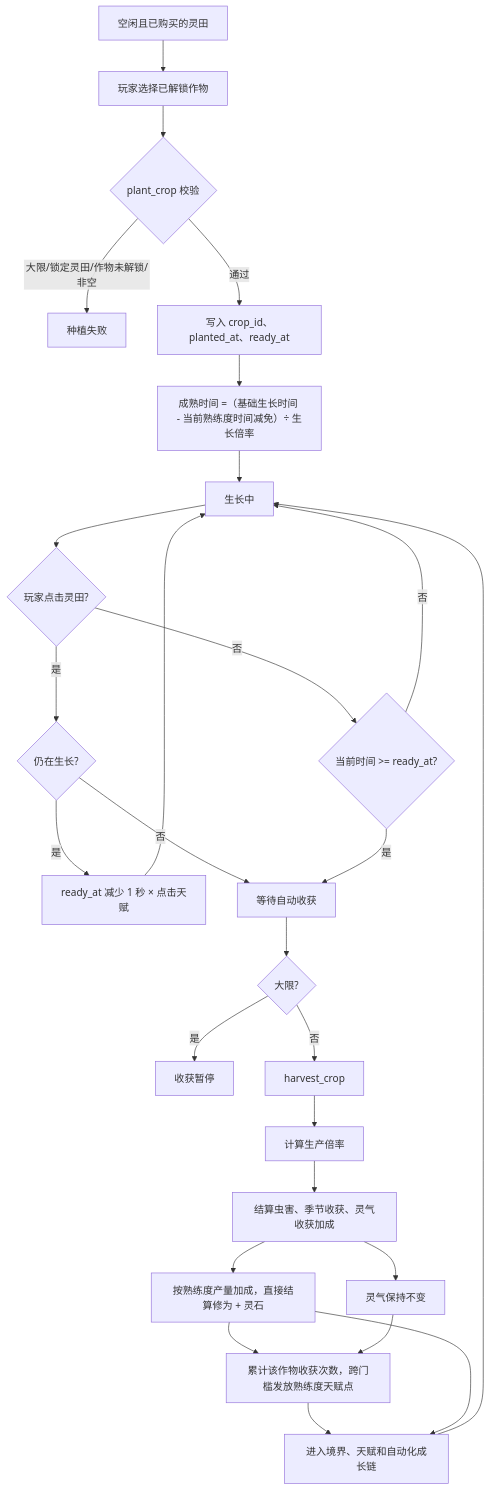
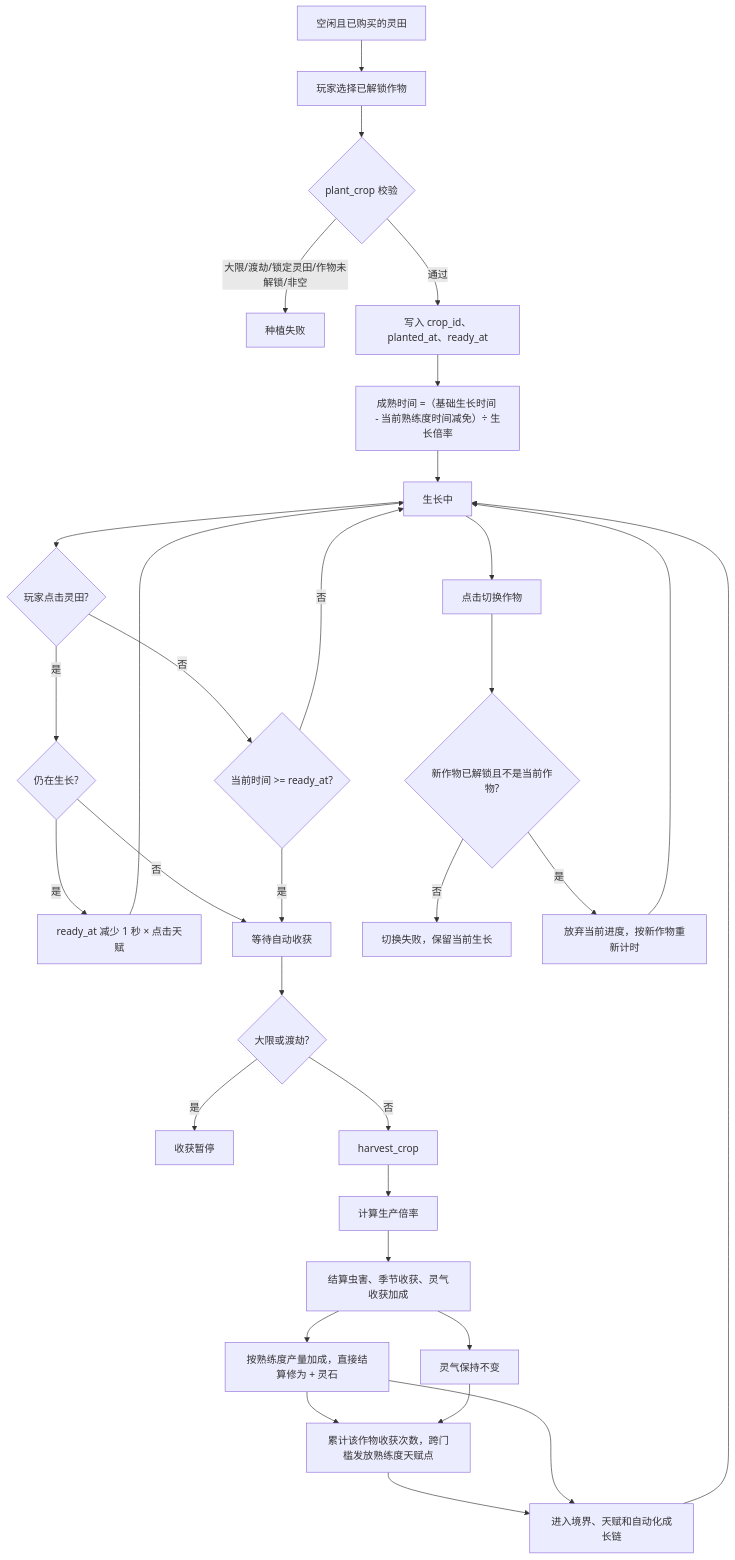
Before and after one commit to changw98ic/lingnong: the second of 12 diagrams in docs/CURRENT-GAME-FLOW.md, drawn with Mermaid. The commit also changed other lines of this file and 21 other files, not shown here.

````diff
--- a/docs/CURRENT-GAME-FLOW.md
+++ b/docs/CURRENT-GAME-FLOW.md
@@ -70,30 +76,36 @@
 ```mermaid
 flowchart TD
     A[空闲且已购买的灵田] --> B[玩家选择已解锁作物]
     B --> C{plant_crop 校验}
-    C -->|大限/锁定灵田/作物未解锁/非空| D[种植失败]
+    C -->|大限/渡劫/锁定灵田/作物未解锁/非空| D[种植失败]
     C -->|通过| E[写入 crop_id、planted_at、ready_at]
     E --> F[成熟时间 =（基础生长时间 - 当前熟练度时间减免）÷ 生长倍率]
     F --> G[生长中]
     G --> H{玩家点击灵田?}
     H -- 是 --> I{仍在生长?}
     I -- 是 --> J[ready_at 减少 1 秒 × 点击天赋]
     J --> G
     I -- 否 --> K[等待自动收获]
     H -- 否 --> L{当前时间 >= ready_at?}
     L -- 否 --> G
     L -- 是 --> K
-    K --> M{大限?}
+    K --> M{大限或渡劫?}
     M -- 是 --> N[收获暂停]
     M -- 否 --> O[harvest_crop]
     O --> P[计算生产倍率]
     P --> Q[结算虫害、季节收获、灵气收获加成]
     Q --> R[按熟练度产量加成，直接结算修为 + 灵石]
     Q --> S[灵气保持不变]
     R --> T[累计该作物收获次数，跨门槛发放熟练度天赋点]
     T --> U[按当前生长倍率自动补种同一种作物]
     S --> T
     U --> G
 
+    G --> V[点击切换作物]
+    V --> W{新作物已解锁且不是当前作物?}
+    W -- 否 --> X[切换失败，保留当前生长]
+    W -- 是 --> Y[放弃当前进度，按新作物重新计时]
+    Y --> G
+
     R --> U[进入境界、天赋和自动化成长链]
 ```
````
